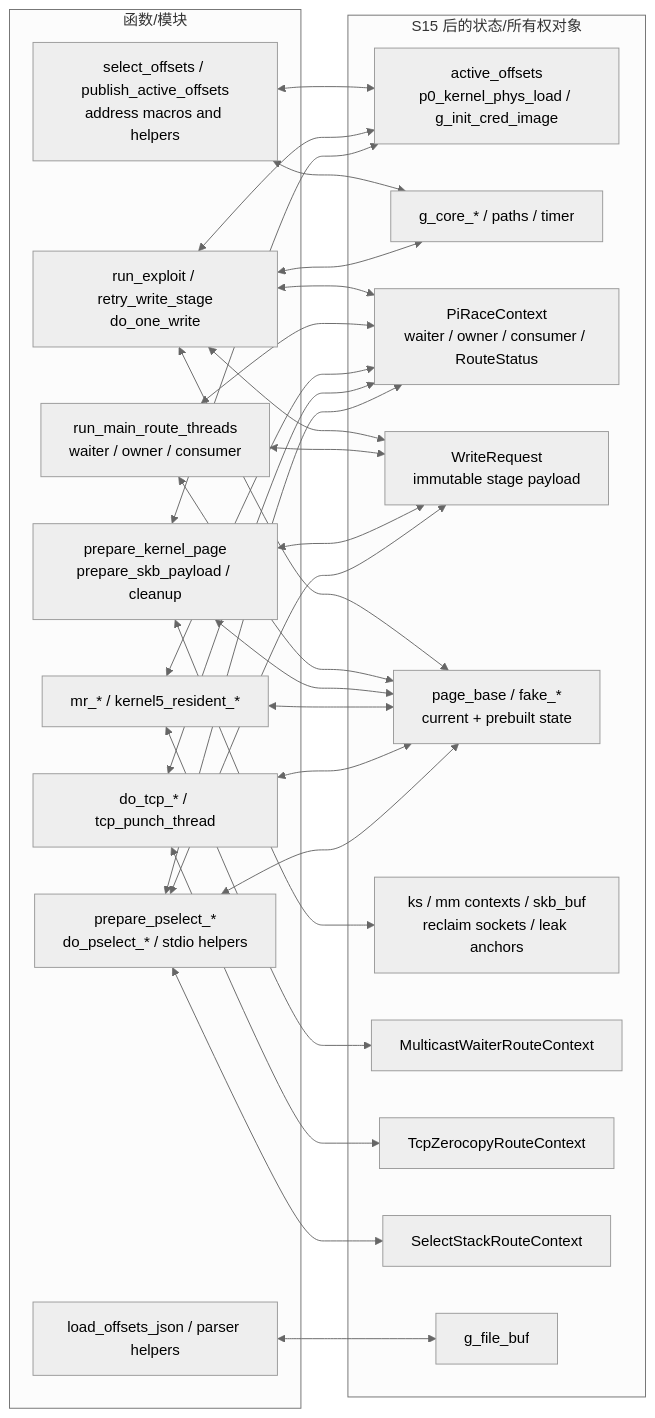
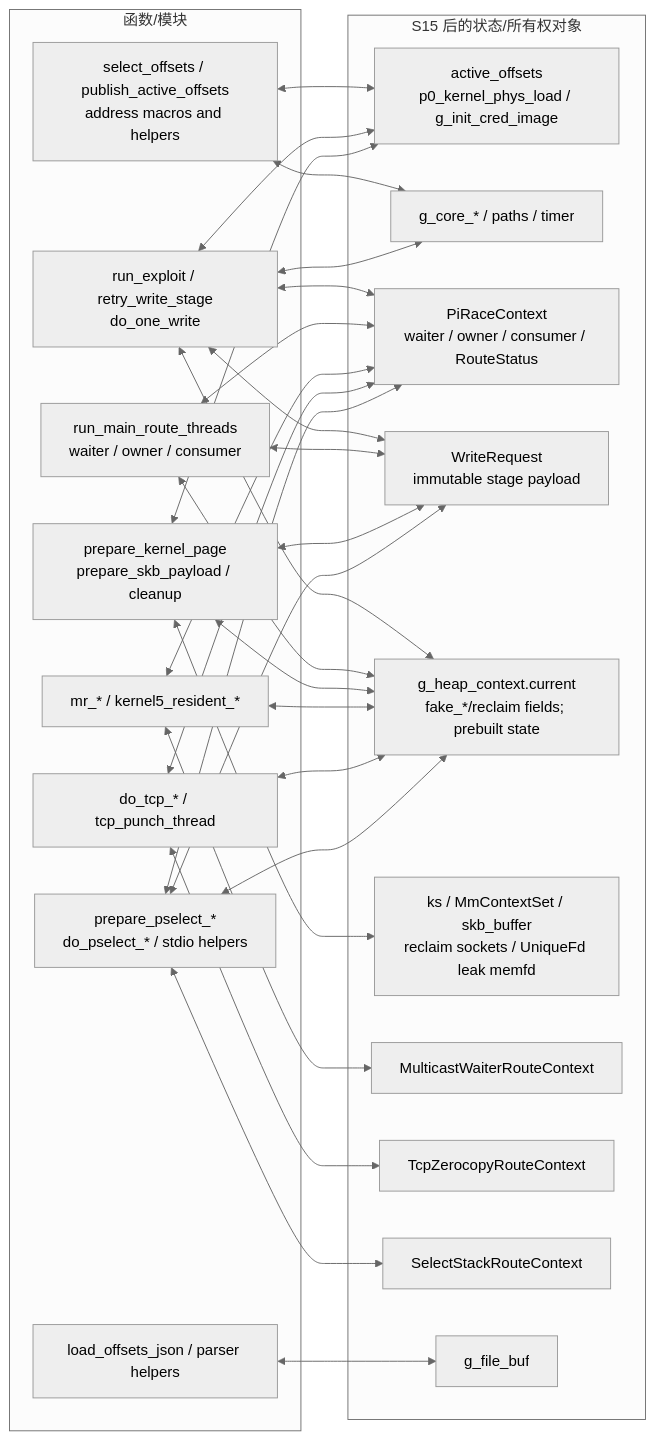
The fourth of 5 diagrams in analysis/all-functions-callgraph.md (YuKongA/ghostlock-app), drawn with Mermaid (neutral theme) before and after one commit. The commit also changed other lines of this file and 7 other files, not shown here.

````diff
--- a/analysis/all-functions-callgraph.md
+++ b/analysis/all-functions-callgraph.md
@@ -429,52 +429,52 @@
 ```mermaid
 flowchart LR
   subgraph Functions["函数/模块"]
     ProfileFns["select_offsets / publish_active_offsets<br/>address macros and helpers"]
     Controller["run_exploit / retry_write_stage<br/>do_one_write"]
     RaceFns["run_main_route_threads<br/>waiter / owner / consumer"]
     HeapFns["prepare_kernel_page<br/>prepare_skb_payload / cleanup"]
     McastFns["mr_* / kernel5_resident_*"]
     TcpFns["do_tcp_* / tcp_punch_thread"]
     PselectFns["prepare_pselect_*<br/>do_pselect_* / stdio helpers"]
     JsonFns["load_offsets_json / parser helpers"]
   end
 
   subgraph Globals["S15 后的状态/所有权对象"]
     GProfile["active_offsets<br/>p0_kernel_phys_load / g_init_cred_image"]
     GConfig["g_core_* / paths / timer"]
     GRace["PiRaceContext<br/>waiter / owner / consumer / RouteStatus"]
     GWrite["WriteRequest<br/>immutable stage payload"]
-    GPage["page_base / fake_*<br/>current + prebuilt state"]
-    GHeap["ks / mm contexts / skb_buf<br/>reclaim sockets / leak anchors"]
+    GPage["g_heap_context.current<br/>fake_*/reclaim fields; prebuilt state"]
+    GHeap["ks / MmContextSet / skb_buffer<br/>reclaim sockets / UniqueFd leak memfd"]
     GMcast["MulticastWaiterRouteContext"]
     GTcp["TcpZerocopyRouteContext"]
     GPselect["SelectStackRouteContext"]
     GJson["g_file_buf"]
   end
 
   ProfileFns <--> GProfile
   ProfileFns <--> GConfig
   Controller <--> GProfile
   Controller <--> GConfig
   Controller <--> GRace
   Controller <--> GWrite
   Controller <--> GPage
   RaceFns <--> GRace
   RaceFns <--> GWrite
   RaceFns <--> GPage
   HeapFns <--> GProfile
   HeapFns <--> GWrite
   HeapFns <--> GPage
   HeapFns <--> GHeap
   McastFns <--> GRace
   McastFns <--> GPage
   McastFns <--> GMcast
   TcpFns <--> GRace
   TcpFns <--> GPage
   TcpFns <--> GTcp
   PselectFns <--> GRace
   PselectFns <--> GWrite
   PselectFns <--> GPage
   PselectFns <--> GPselect
   JsonFns <--> GJson
 ```
````
